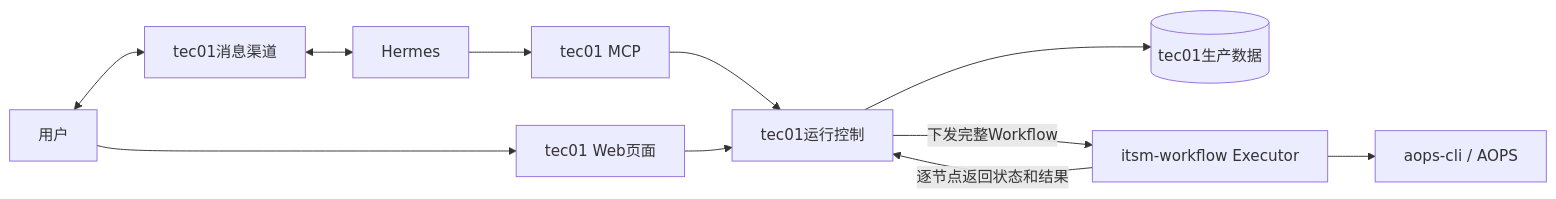
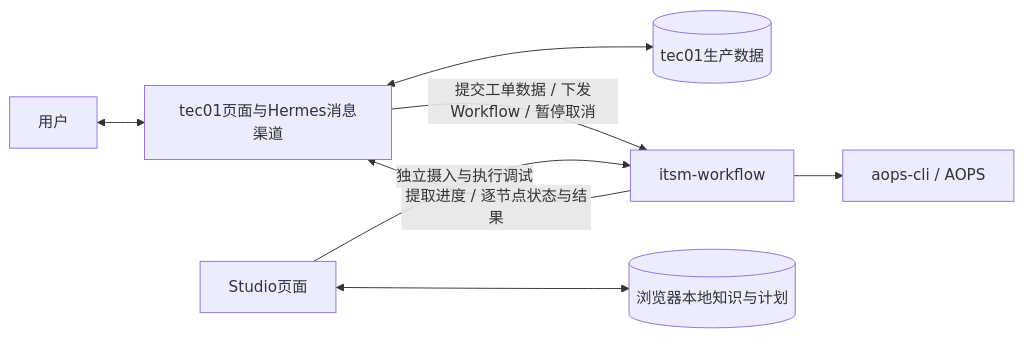
One commit to armin1024/itsm-workflow changed the first of 3 diagrams in docs/tec01-control-plane-split.md. Above: the diagram before and after it, drawn with Mermaid. The commit also changed other lines of this file and 56 other files, not shown here.

````diff
--- a/docs/tec01-control-plane-split.md
+++ b/docs/tec01-control-plane-split.md
@@ -14,13 +11,10 @@
 ```mermaid
 flowchart LR
-    U[用户] <--> C[tec01消息渠道]
-    C <--> H[Hermes]
-    H --> M[tec01 MCP]
-    U --> W[tec01 Web页面]
-    M --> T[tec01运行控制]
-    W --> T
-    T --> D[(tec01生产数据)]
-    T -->|下发完整Workflow| E[itsm-workflow Executor]
+    U[用户] <--> T[tec01页面与Hermes消息渠道]
+    T <--> D[(tec01生产数据)]
+    T -->|提交工单数据 / 下发Workflow / 暂停取消| E[itsm-workflow]
+    E -->|提取进度 / 逐节点状态与结果| T
     E --> A[aops-cli / AOPS]
-    E -->|逐节点返回状态和结果| T
+    S[Studio页面] <--> B[(浏览器本地知识与计划)]
+    S -->|独立摄入与执行调试| E
 ```
````
